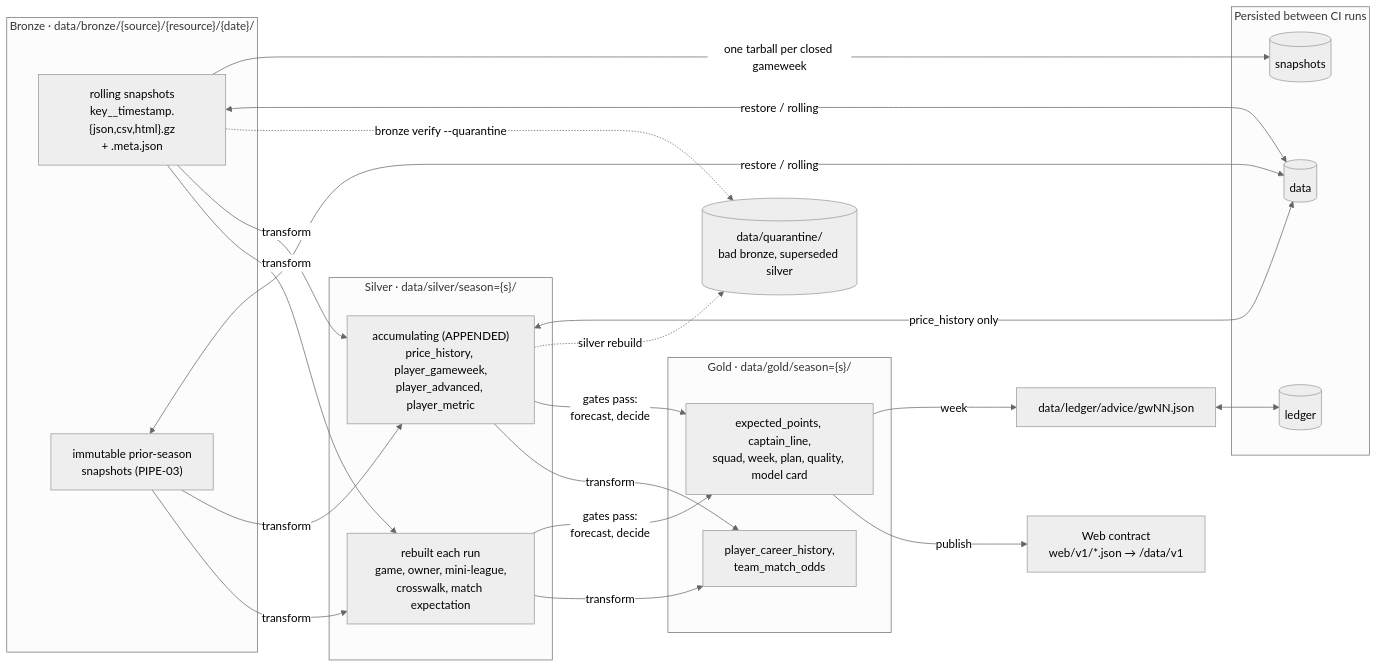
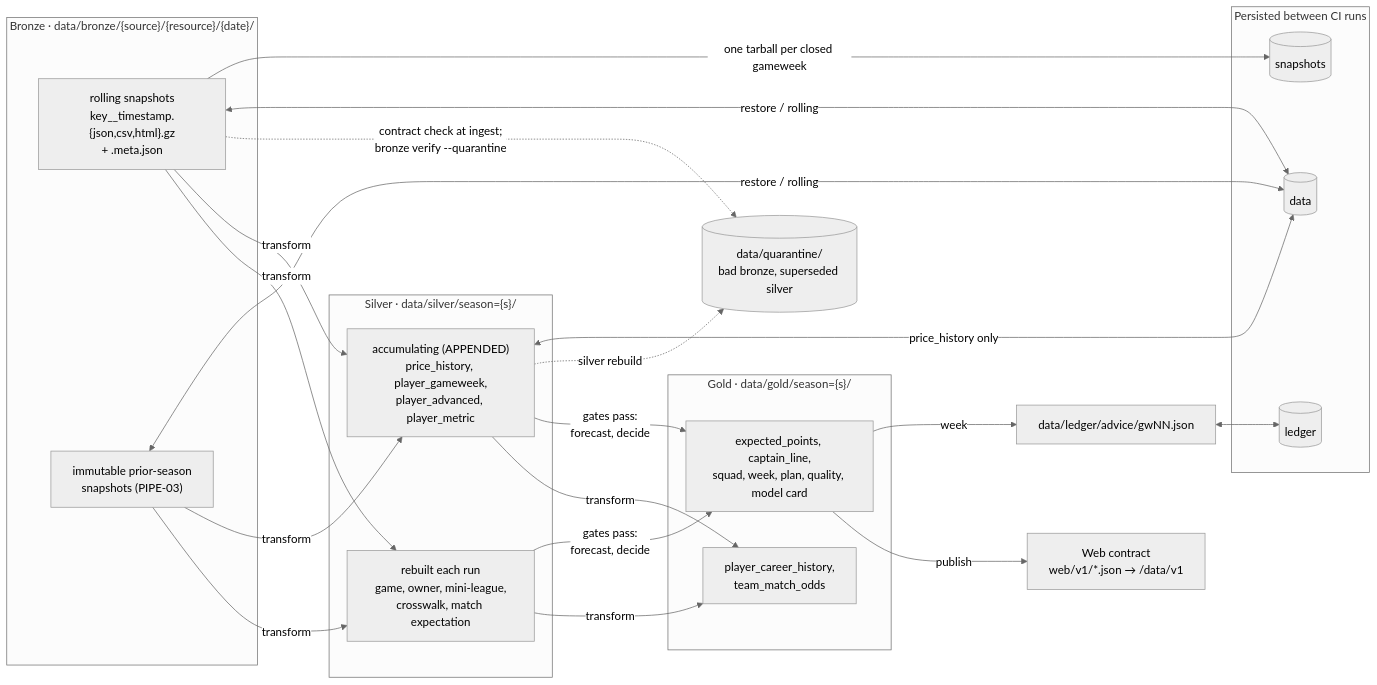
The fourth of 5 diagrams in docs/planning/03-solution-architecture.md (talonegg/fpl_dof2), drawn with Mermaid (neutral theme) before and after one commit. The commit also changed other lines of this file and 23 other files, not shown here.

````diff
--- a/docs/planning/03-solution-architecture.md
+++ b/docs/planning/03-solution-architecture.md
@@ -276,39 +276,39 @@
 ```mermaid
 flowchart LR
     subgraph bronze["Bronze · data/bronze/{source}/{resource}/{date}/"]
         BR["rolling snapshots<br/>key__timestamp.{json,csv,html}.gz<br/>+ .meta.json"]
         BI["immutable prior-season<br/>snapshots (PIPE-03)"]
     end
 
     subgraph silver["Silver · data/silver/season={s}/"]
         SR["rebuilt each run<br/>game, owner, mini-league,<br/>crosswalk, match expectation"]
         SA["accumulating (APPENDED)<br/>price_history, player_gameweek,<br/>player_advanced, player_metric"]
     end
 
     subgraph gold["Gold · data/gold/season={s}/"]
         GD["player_career_history,<br/>team_match_odds"]
         GR["expected_points, captain_line,<br/>squad, week, plan, quality, model card"]
     end
 
     WEB["Web contract<br/>web/v1/*.json → /data/v1"]
     LEDG["data/ledger/advice/gwNN.json"]
     QUA[("data/quarantine/<br/>bad bronze, superseded silver")]
 
     subgraph branches["Persisted between CI runs"]
         DATA[("data")]
         SNAP[("snapshots")]
         LEDB[("ledger")]
     end
 
     BR & BI -->|"transform"| SR & SA
     SR & SA -->|"transform"| GD
     SR & SA -->|"gates pass:<br/>forecast, decide"| GR
     GR -->|"publish"| WEB
     GR -->|"week"| LEDG
-    BR -.->|"bronze verify --quarantine"| QUA
+    BR -.->|"contract check at ingest;<br/>bronze verify --quarantine"| QUA
     SA -.->|"silver rebuild"| QUA
     BR & BI <-->|"restore / rolling"| DATA
     SA <-->|"price_history only"| DATA
     BR -->|"one tarball per closed gameweek"| SNAP
     LEDG <--> LEDB
 ```
````
